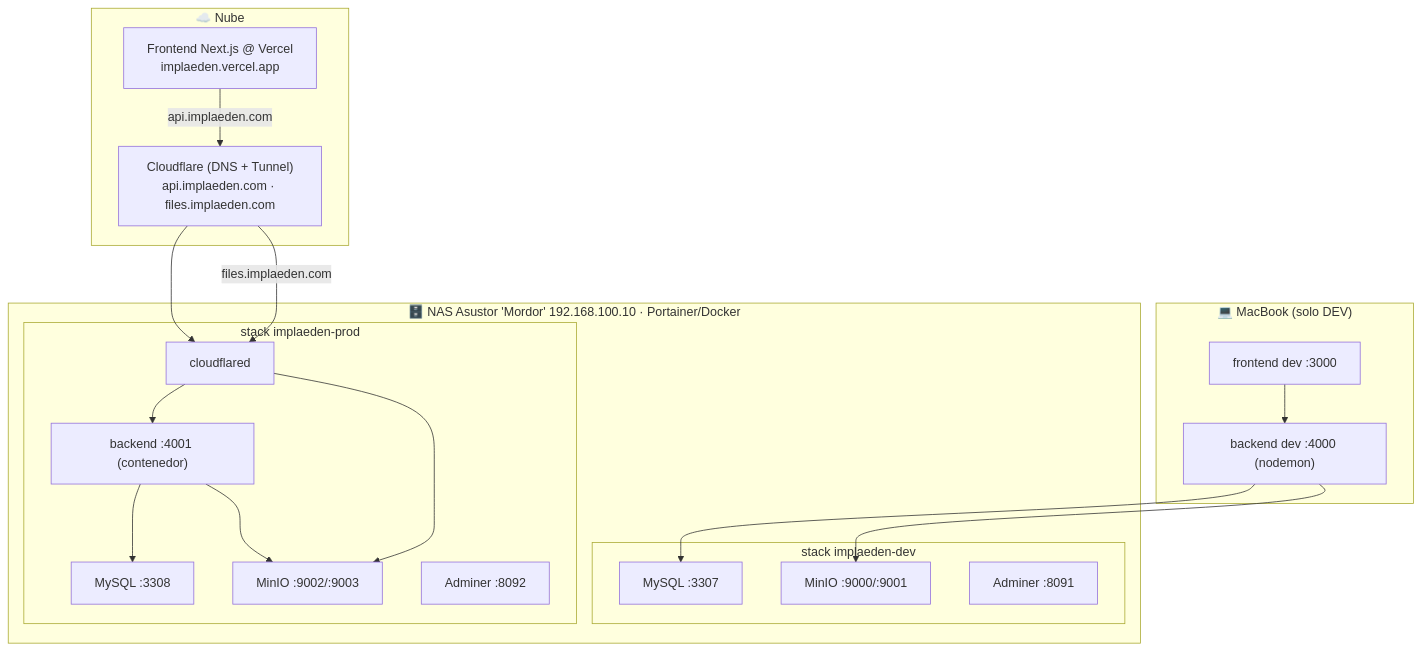
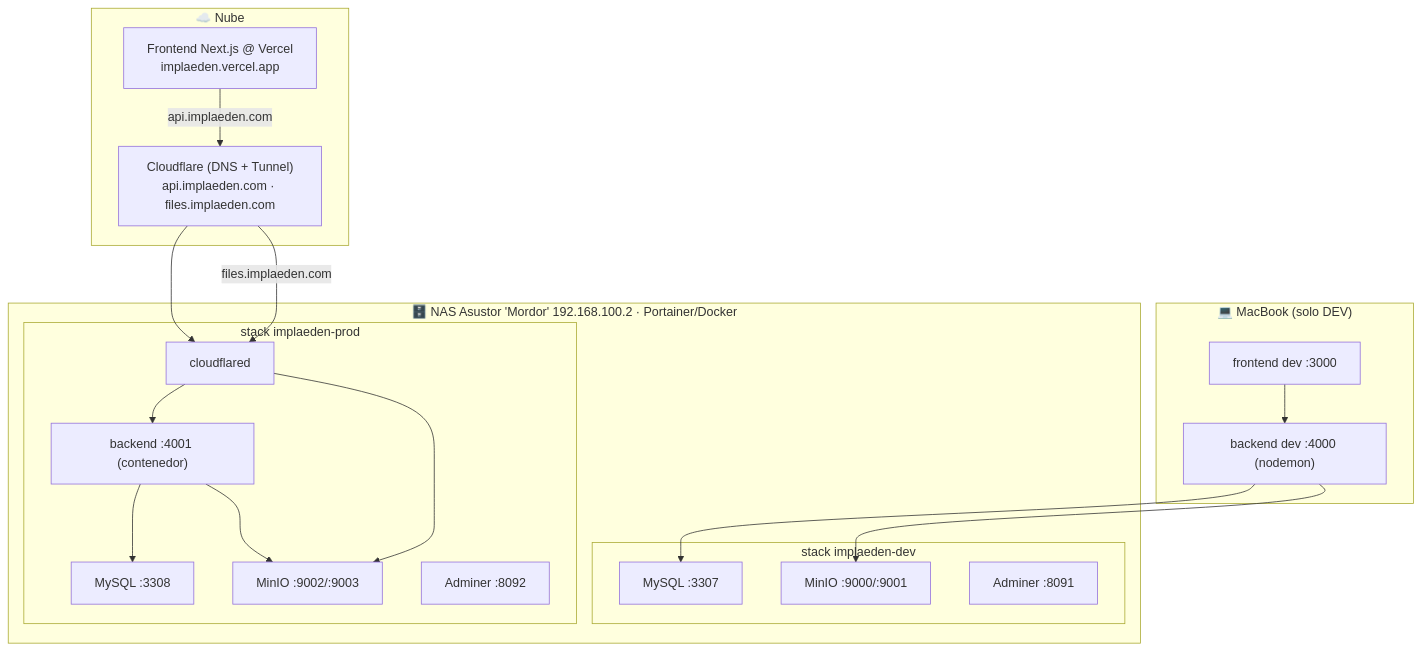
One commit to ricardo-ochoa/implaeden_backend changed the first of 2 diagrams in docs/STACK_Y_PORTABILIDAD.md. Above: the diagram before and after it, drawn with Mermaid. The commit also changed other lines of this file and 3 other files, not shown here.

````diff
--- a/docs/STACK_Y_PORTABILIDAD.md
+++ b/docs/STACK_Y_PORTABILIDAD.md
@@ -14,32 +14,32 @@
 ```mermaid
 flowchart TB
     subgraph CLOUD["☁️ Nube"]
         VER["Frontend Next.js @ Vercel<br/>implaeden.vercel.app"]
         CFDNS["Cloudflare (DNS + Tunnel)<br/>api.implaeden.com · files.implaeden.com"]
     end
     subgraph MAC["💻 MacBook (solo DEV)"]
         BEd["backend dev :4000 (nodemon)"]
         FEd["frontend dev :3000"]
     end
-    subgraph NAS["🗄️ NAS Asustor 'Mordor' 192.168.100.10 · Portainer/Docker"]
+    subgraph NAS["🗄️ NAS Asustor 'Mordor' 192.168.100.2 · Portainer/Docker"]
         subgraph SD["stack implaeden-dev"]
             MYd["MySQL :3307"]
             MId["MinIO :9000/:9001"]
             ADd["Adminer :8091"]
         end
         subgraph SP["stack implaeden-prod"]
             BEp["backend :4001 (contenedor)"]
             MYp["MySQL :3308"]
             MIp["MinIO :9002/:9003"]
             ADp["Adminer :8092"]
             CFD["cloudflared"]
         end
     end
     VER -->|api.implaeden.com| CFDNS --> CFD --> BEp
     CFDNS -->|files.implaeden.com| CFD --> MIp
     BEp --> MYp
     BEp --> MIp
     BEd --> MYd
     BEd --> MId
     FEd --> BEd
 ```
````
